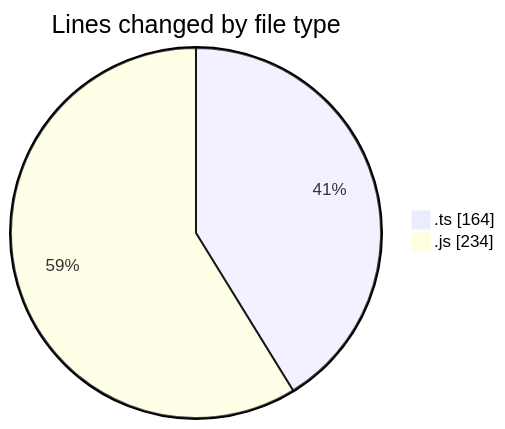
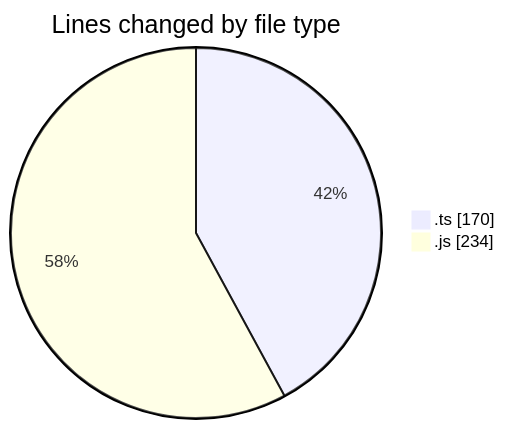
One commit to momahboobian/code-tracking changed the first of 2 diagrams in 2025-03-12/cda/README.md. Above: the diagram before and after it, drawn with Mermaid. The commit also changed other lines of this file and 1 other file, not shown here.

````diff
--- a/2025-03-12/cda/README.md
+++ b/2025-03-12/cda/README.md
@@ -24,6 +25,6 @@
 ```mermaid
 pie showData
 title Lines changed by file type
-".ts" : 164
+".ts" : 170
 ".js" : 234
 ```
````
